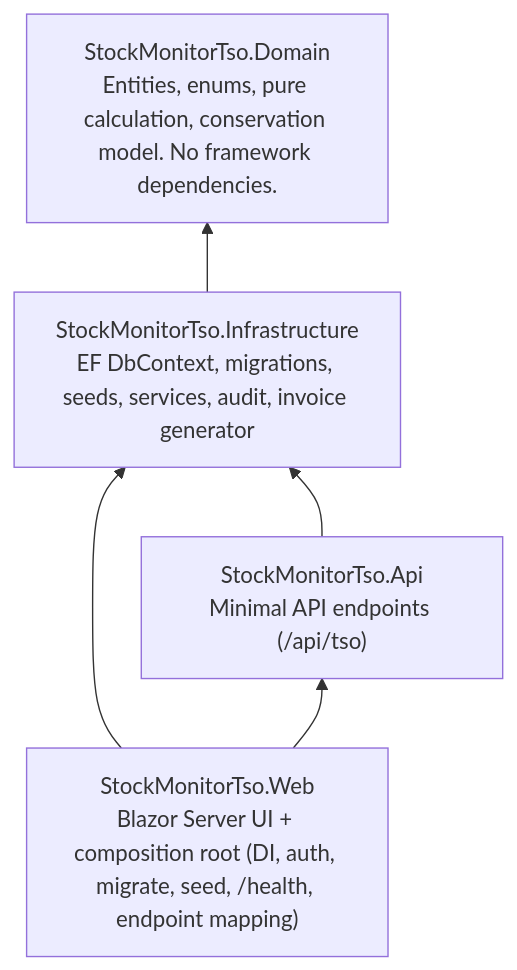
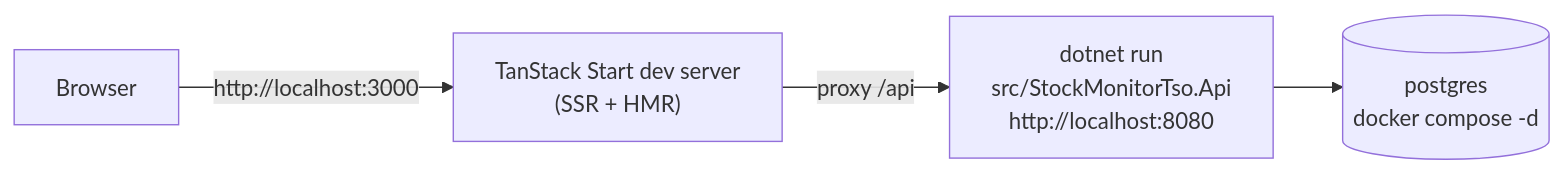
Before and after one commit to dzulfiqois/stock-monitoring-tso: the second of 2 diagrams in architecture/01-topology.md, drawn with Mermaid. The commit also changed other lines of this file and 208 other files, not shown here.

````diff
--- a/architecture/01-topology.md
+++ b/architecture/01-topology.md
@@ -66,11 +67,6 @@
 ```mermaid
-flowchart BT
-    WEB["StockMonitorTso.Web<br/>Blazor Server UI + composition root (DI, auth, migrate, seed, /health, endpoint mapping)"]
-    API["StockMonitorTso.Api<br/>Minimal API endpoints (/api/tso)"]
-    INFRA["StockMonitorTso.Infrastructure<br/>EF DbContext, migrations, seeds, services, audit, invoice generator"]
-    DOMAIN["StockMonitorTso.Domain<br/>Entities, enums, pure calculation, conservation model. No framework dependencies."]
-    WEB --> API
-    WEB --> INFRA
-    API --> INFRA
-    INFRA --> DOMAIN
+flowchart LR
+    DEV["Browser"] -->|"http://localhost:3000"| VITE["TanStack Start dev server<br/>(SSR + HMR)"]
+    VITE -->|"proxy /api"| API["dotnet run<br/>src/StockMonitorTso.Api<br/>http://localhost:8080"]
+    API --> PGD[("postgres<br/>docker compose -d")]
 ```
````
